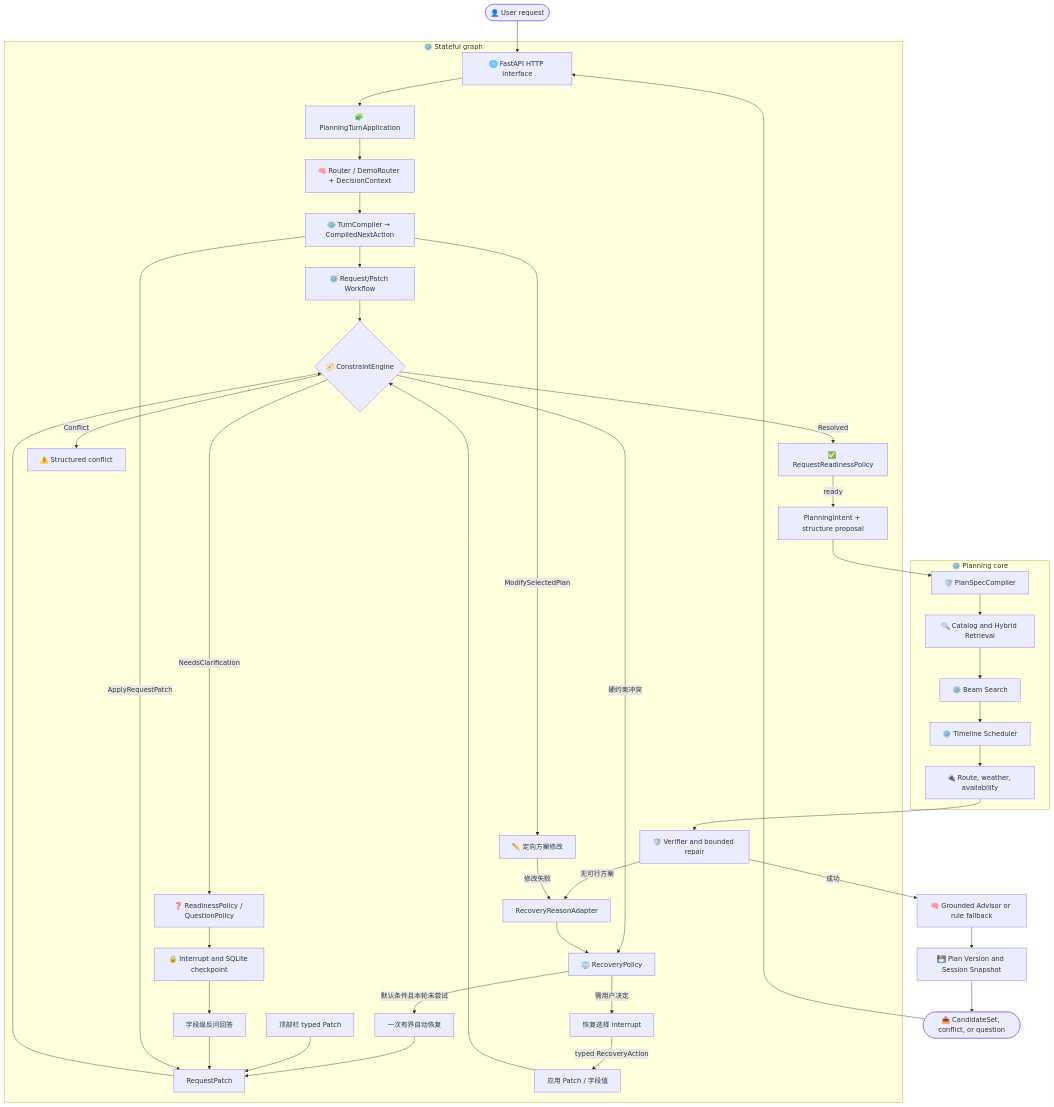
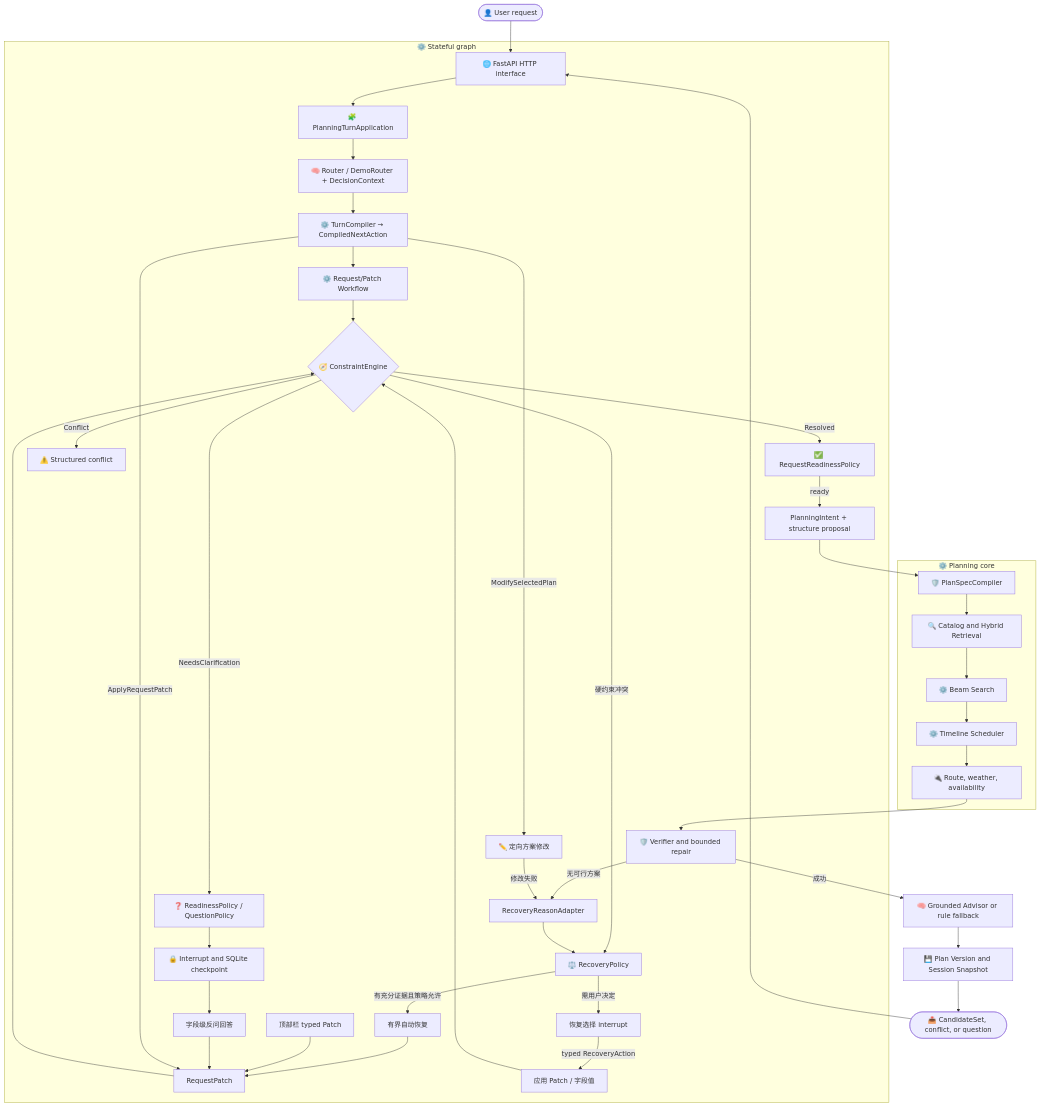
The diagram in docs/current/resume_v2_architecture.md (Weekend-Agent-Studio/happyFreeTime), drawn with Mermaid before and after one commit. The commit also changed other lines of this file and 5 other files, not shown here.

````diff
--- a/docs/current/resume_v2_architecture.md
+++ b/docs/current/resume_v2_architecture.md
@@ -32,49 +33,49 @@
 ```mermaid
 flowchart TB
     accTitle: Resume V2 Runtime Architecture
     accDescr: The current implementation separates natural language interpretation, deterministic planning, external fact verification, grounded presentation, and durable session state.
 
     input([👤 User request]) --> api[🌐 FastAPI HTTP interface]
 
     subgraph graph_control["⚙️ Stateful graph"]
         api --> app[🧩 PlanningTurnApplication]
         app --> turn[🧠 Router / DemoRouter + DecisionContext]
         turn --> action[⚙️ TurnCompiler → CompiledNextAction]
         action --> compile[⚙️ Request/Patch Workflow]
         action -->|ModifySelectedPlan| modify[✏️ 定向方案修改]
         compile --> engine{🧭 ConstraintEngine}
         engine -->|NeedsClarification| policy[❓ ReadinessPolicy / QuestionPolicy]
         policy --> pause[🔒 Interrupt and SQLite checkpoint]
         pause --> reply
         engine -->|Resolved| ready[✅ RequestReadinessPolicy]
         ready -->|ready| intent[🧠 PlanningIntent projection]
         engine -->|Conflict| conflict[⚠️ Structured conflict]
         engine -->|硬约束冲突| recovery[⚖️ RecoveryPolicy]
         verify -->|无可行方案| failure[RecoveryReasonAdapter]
         modify -->|修改失败| failure
         failure --> recovery
-        recovery -->|默认条件且本轮未尝试| auto[一次有界自动恢复]
+        recovery -->|有充分证据且策略允许| auto[有界自动恢复]
         auto --> patch
         recovery -->|需用户决定| recovery_pause[恢复选择 interrupt]
         recovery_pause -->|typed RecoveryAction| recovery_action[应用 Patch / 字段值]
         recovery_action --> engine
         topbar[顶部栏 typed Patch] --> patch[RequestPatch]
         reply[字段级反问回答] --> patch
         action -->|ApplyRequestPatch| patch
         patch --> engine
     end
 
     subgraph planning_core["⚙️ Planning core"]
         intent[PlanningIntent + structure proposal] --> spec[🛡️ PlanSpecCompiler]
         spec --> retrieve[🔍 Catalog and Hybrid Retrieval]
         retrieve --> search[⚙️ Beam Search]
         search --> schedule[⚙️ Timeline Scheduler]
         schedule --> facts[🔌 Route, weather, availability]
         facts --> verify[🛡️ Verifier and bounded repair]
     end
 
     verify -->|成功| advice[🧠 Grounded Advisor or rule fallback]
     advice --> state[💾 Plan Version and Session Snapshot]
     state --> output([📤 CandidateSet, conflict, or question])
     output --> api
 ```
````
